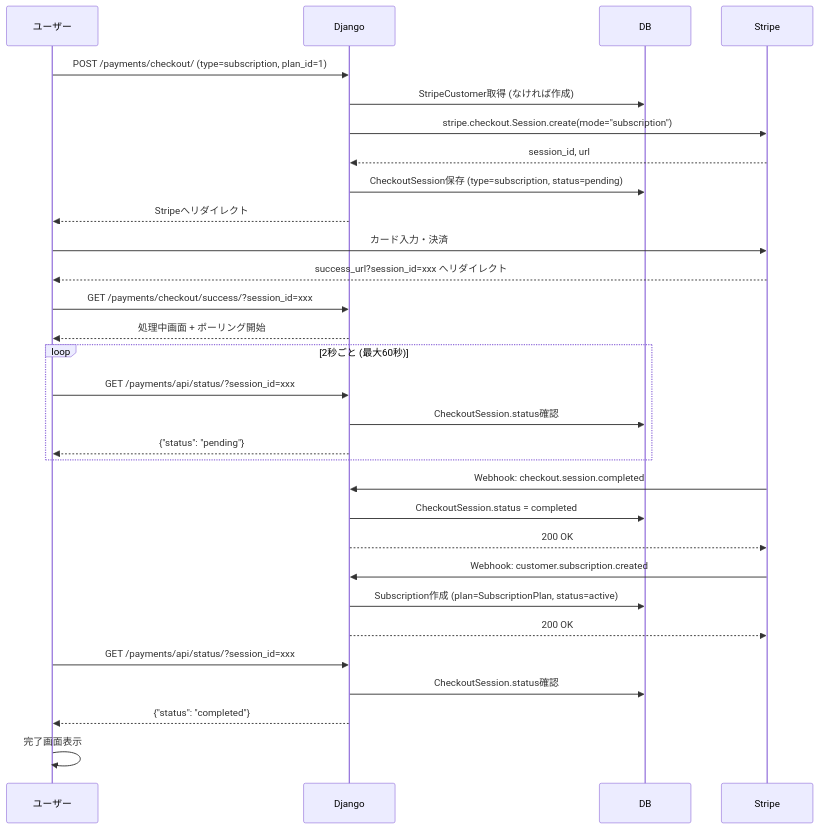
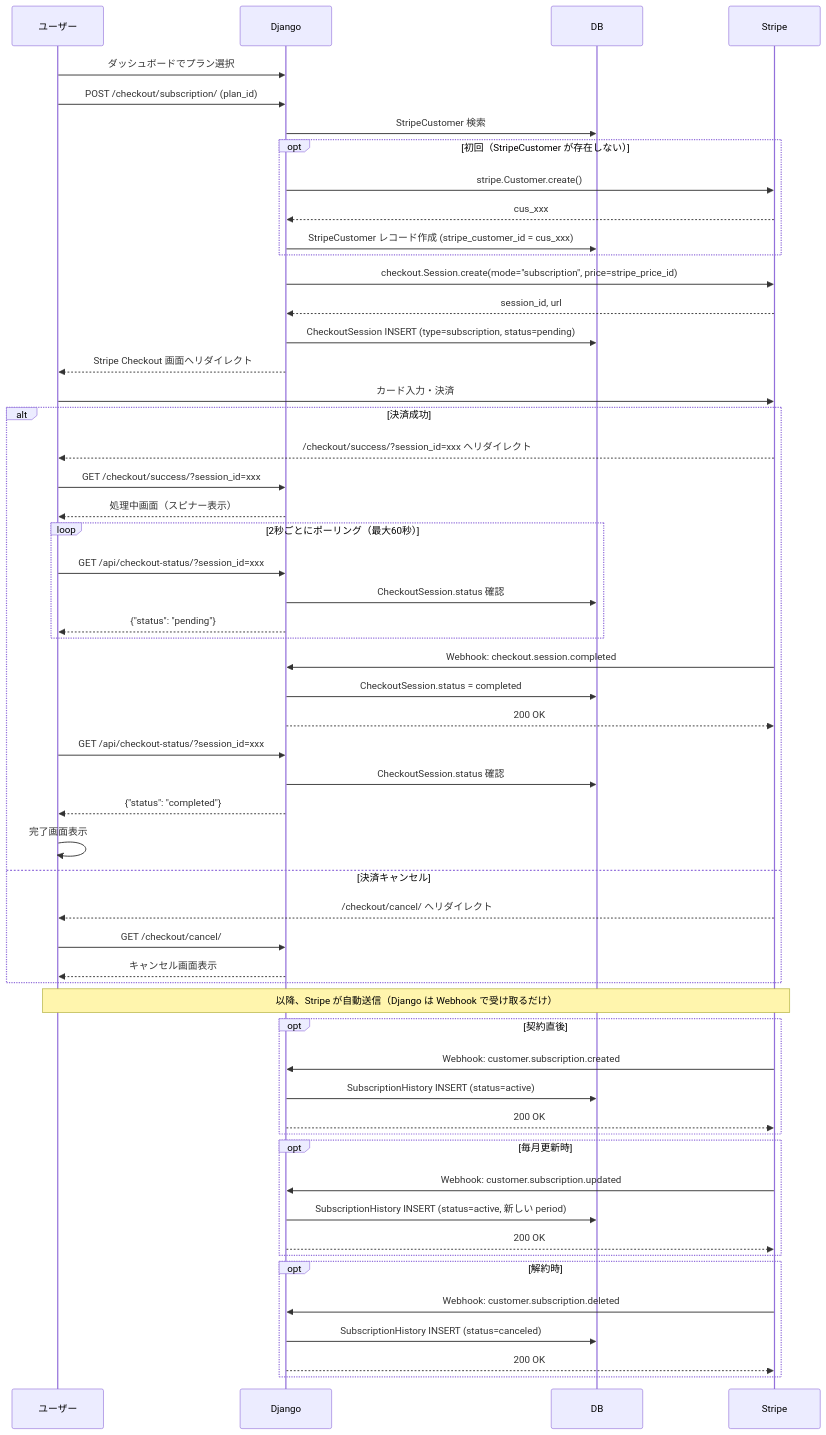
The first of 3 diagrams in docs/checkout-flow.md (suzuki-tomok/payment-core), drawn with Mermaid before and after one commit. The commit also changed other lines of this file and 20 other files, not shown here.

First line of the commit message:
feat: ポーリング機能追加・シーケンス図更新

````diff
--- a/docs/checkout-flow.md
+++ b/docs/checkout-flow.md
@@ -5,39 +5,71 @@
 ```mermaid
 sequenceDiagram
     participant U as ユーザー
     participant D as Django
     participant DB as DB
     participant S as Stripe
 
-    U->>D: POST /payments/checkout/ (type=subscription, plan_id=1)
-    D->>DB: StripeCustomer取得 (なければ作成)
-    D->>S: stripe.checkout.Session.create(mode="subscription")
+    U->>D: ダッシュボードでプラン選択
+    U->>D: POST /checkout/subscription/ (plan_id)
+
+    D->>DB: StripeCustomer 検索
+
+    opt 初回（StripeCustomer が存在しない）
+        D->>S: stripe.Customer.create()
+        S-->>D: cus_xxx
+        D->>DB: StripeCustomer レコード作成 (stripe_customer_id = cus_xxx)
+    end
+
+    D->>S: checkout.Session.create(mode="subscription", price=stripe_price_id)
     S-->>D: session_id, url
-    D->>DB: CheckoutSession保存 (type=subscription, status=pending)
-    D-->>U: Stripeへリダイレクト
+    D->>DB: CheckoutSession INSERT (type=subscription, status=pending)
+    D-->>U: Stripe Checkout 画面へリダイレクト
 
     U->>S: カード入力・決済
-    S-->>U: success_url?session_id=xxx へリダイレクト
 
-    U->>D: GET /payments/checkout/success/?session_id=xxx
-    D-->>U: 処理中画面 + ポーリング開始
+    alt 決済成功
+        S-->>U: /checkout/success/?session_id=xxx へリダイレクト
+        U->>D: GET /checkout/success/?session_id=xxx
+        D-->>U: 処理中画面（スピナー表示）
 
-    loop 2秒ごと (最大60秒)
-        U->>D: GET /payments/api/status/?session_id=xxx
-        D->>DB: CheckoutSession.status確認
-        D-->>U: {"status": "pending"}
+        loop 2秒ごとにポーリング（最大60秒）
+            U->>D: GET /api/checkout-status/?session_id=xxx
+            D->>DB: CheckoutSession.status 確認
+            D-->>U: {"status": "pending"}
+        end
+
+        S->>D: Webhook: checkout.session.completed
+        D->>DB: CheckoutSession.status = completed
+        D-->>S: 200 OK
+
+        U->>D: GET /api/checkout-status/?session_id=xxx
+        D->>DB: CheckoutSession.status 確認
+        D-->>U: {"status": "completed"}
+        U->>U: 完了画面表示
+
+    else 決済キャンセル
+        S-->>U: /checkout/cancel/ へリダイレクト
+        U->>D: GET /checkout/cancel/
+        D-->>U: キャンセル画面表示
     end
 
-    S->>D: Webhook: checkout.session.completed
-    D->>DB: CheckoutSession.status = completed
-    D-->>S: 200 OK
+    Note over U,S: 以降、Stripe が自動送信（Django は Webhook で受け取るだけ）
 
-    S->>D: Webhook: customer.subscription.created
-    D->>DB: Subscription作成 (plan=SubscriptionPlan, status=active)
-    D-->>S: 200 OK
+    opt 契約直後
+        S->>D: Webhook: customer.subscription.created
+        D->>DB: SubscriptionHistory INSERT (status=active)
+        D-->>S: 200 OK
+    end
 
-    U->>D: GET /payments/api/status/?session_id=xxx
-    D->>DB: CheckoutSession.status確認
-    D-->>U: {"status": "completed"}
-    U->>U: 完了画面表示
+    opt 毎月更新時
+        S->>D: Webhook: customer.subscription.updated
+        D->>DB: SubscriptionHistory INSERT (status=active, 新しい period)
+        D-->>S: 200 OK
+    end
+
+    opt 解約時
+        S->>D: Webhook: customer.subscription.deleted
+        D->>DB: SubscriptionHistory INSERT (status=canceled)
+        D-->>S: 200 OK
+    end
 ```
````
